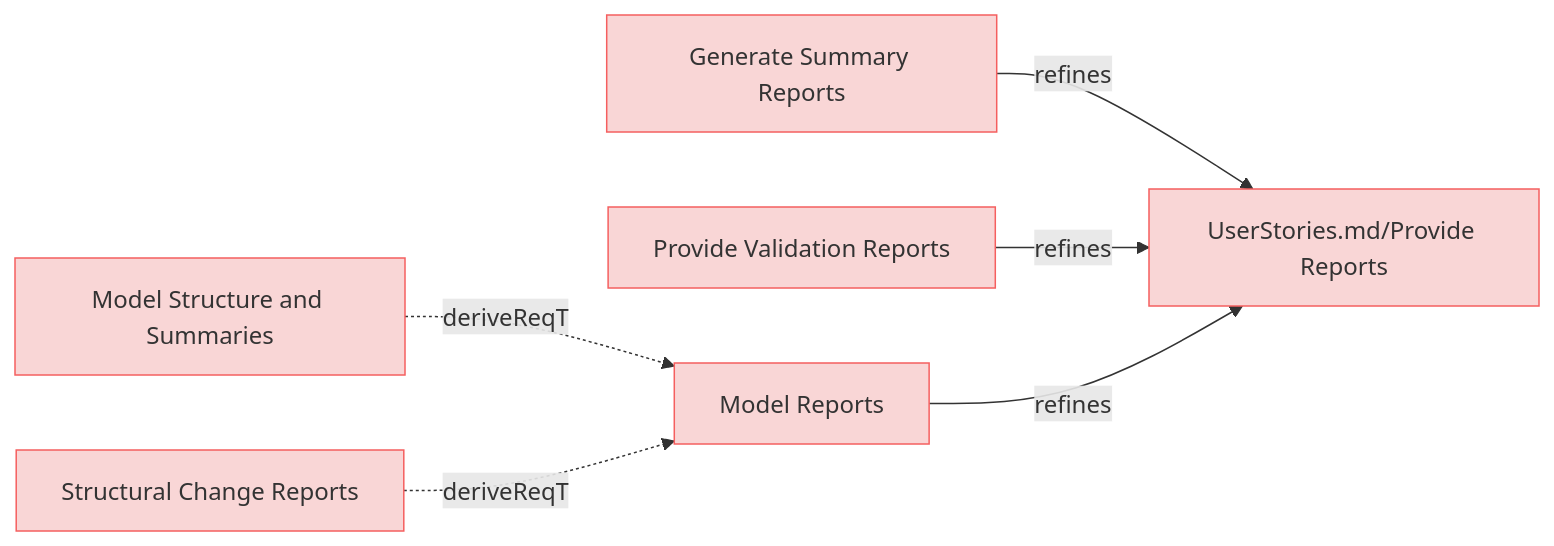
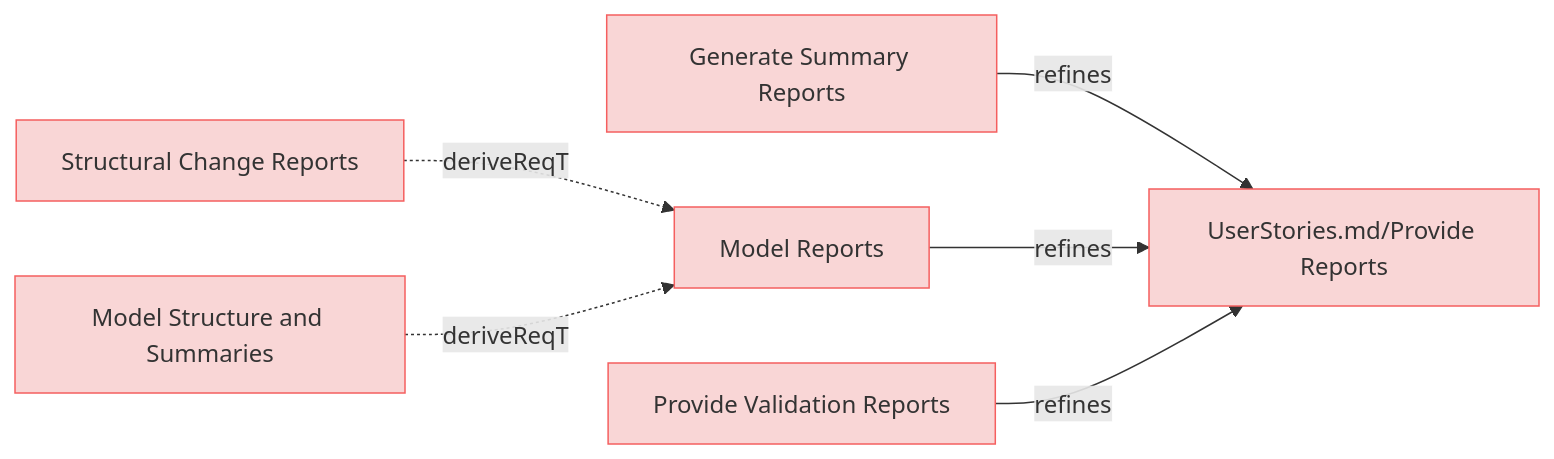
One commit to reqvire-org/reqvire changed the fifth of 8 diagrams in specifications/UserRequirements.md. Above: the diagram before and after it, drawn with Mermaid. The commit also changed other lines of this file and 18 other files, not shown here.

````diff
--- a/specifications/UserRequirements.md
+++ b/specifications/UserRequirements.md
@@ -322,32 +322,32 @@
 ```mermaid
 graph LR;
   %% Graph styling
   classDef requirement fill:#f9d6d6,stroke:#f55f5f,stroke-width:1px;
   classDef verification fill:#d6f9d6,stroke:#5fd75f,stroke-width:1px;
   classDef externalLink fill:#d0e0ff,stroke:#3080ff,stroke-width:1px;
   classDef default fill:#f5f5f5,stroke:#333333,stroke-width:1px;
 
+  1908501a80db5c46["Structural Change Reports"];
+  class 1908501a80db5c46 requirement;
+  click 1908501a80db5c46 "UserRequirements.md#structural-change-reports";
+  70701096d332c0b2["Model Reports"];
+  class 70701096d332c0b2 requirement;
+  click 70701096d332c0b2 "UserRequirements.md#model-reports";
+  1908501a80db5c46 -.->|deriveReqT| 70701096d332c0b2;
+  ad6f7a2d41d80a38["Model Structure and Summaries"];
+  class ad6f7a2d41d80a38 requirement;
+  click ad6f7a2d41d80a38 "UserRequirements.md#model-structure-and-summaries";
+  ad6f7a2d41d80a38 -.->|deriveReqT| 70701096d332c0b2;
   b5c9876f83e7d0ce["Generate Summary Reports"];
   class b5c9876f83e7d0ce requirement;
   click b5c9876f83e7d0ce "UserRequirements.md#generate-summary-reports";
   91a0adb0b4d959c4["UserStories.md/Provide Reports"];
   class 91a0adb0b4d959c4 requirement;
   click 91a0adb0b4d959c4 "UserStories.md#provide-reports";
   b5c9876f83e7d0ce -->|refines| 91a0adb0b4d959c4;
-  ad6f7a2d41d80a38["Model Structure and Summaries"];
-  class ad6f7a2d41d80a38 requirement;
-  click ad6f7a2d41d80a38 "UserRequirements.md#model-structure-and-summaries";
-  70701096d332c0b2["Model Reports"];
-  class 70701096d332c0b2 requirement;
-  click 70701096d332c0b2 "UserRequirements.md#model-reports";
-  ad6f7a2d41d80a38 -.->|deriveReqT| 70701096d332c0b2;
+  70701096d332c0b2 -->|refines| 91a0adb0b4d959c4;
   ed31b6bed1cde2f8["Provide Validation Reports"];
   class ed31b6bed1cde2f8 requirement;
   click ed31b6bed1cde2f8 "UserRequirements.md#provide-validation-reports";
   ed31b6bed1cde2f8 -->|refines| 91a0adb0b4d959c4;
-  70701096d332c0b2 -->|refines| 91a0adb0b4d959c4;
-  1908501a80db5c46["Structural Change Reports"];
-  class 1908501a80db5c46 requirement;
-  click 1908501a80db5c46 "UserRequirements.md#structural-change-reports";
-  1908501a80db5c46 -.->|deriveReqT| 70701096d332c0b2;
 ```
````
